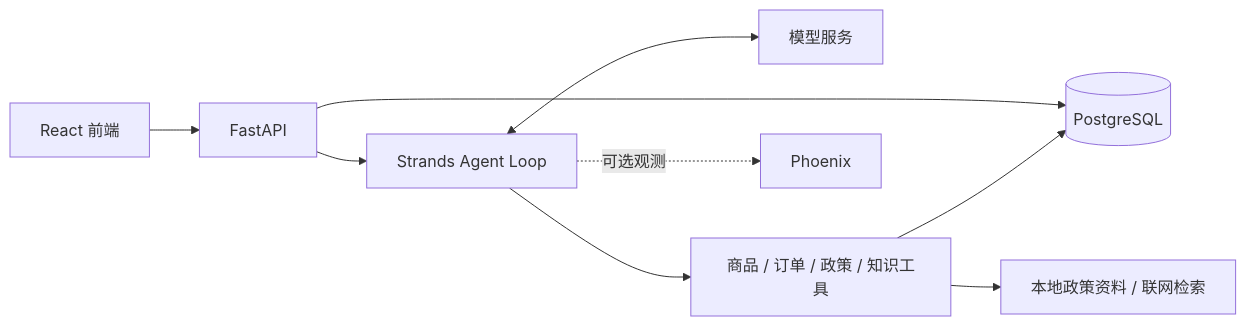
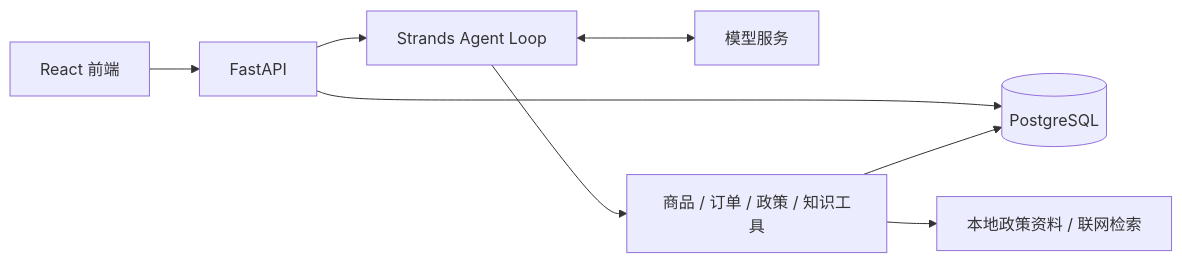
The diagram in README.md (Laleylaa/pc-ecommerce-agent), drawn with Mermaid before and after one commit. The commit also changed other lines of this file and 332 other files, not shown here.

````diff
--- a/README.md
+++ b/README.md
@@ -26,11 +26,10 @@
 ```mermaid
 flowchart LR
     UI[React 前端] --> API[FastAPI]
     API --> Agent[Strands Agent Loop]
     Agent <--> LLM[模型服务]
     Agent --> Tools[商品 / 订单 / 政策 / 知识工具]
     API --> DB[(PostgreSQL)]
     Tools --> DB
     Tools --> Sources[本地政策资料 / 联网检索]
-    Agent -. 可选观测 .-> Phoenix[Phoenix]
 ```
````
